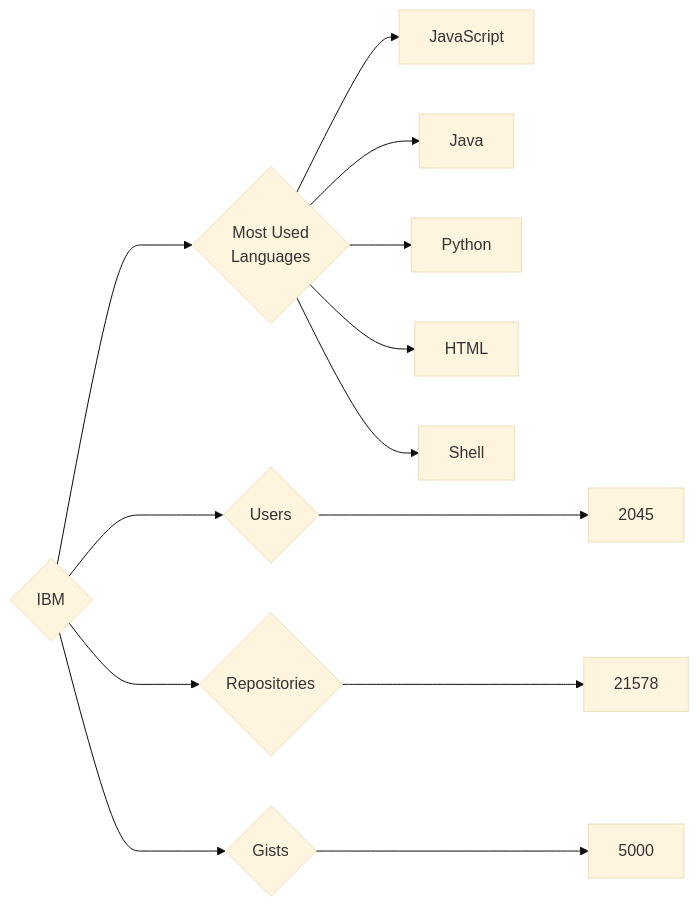
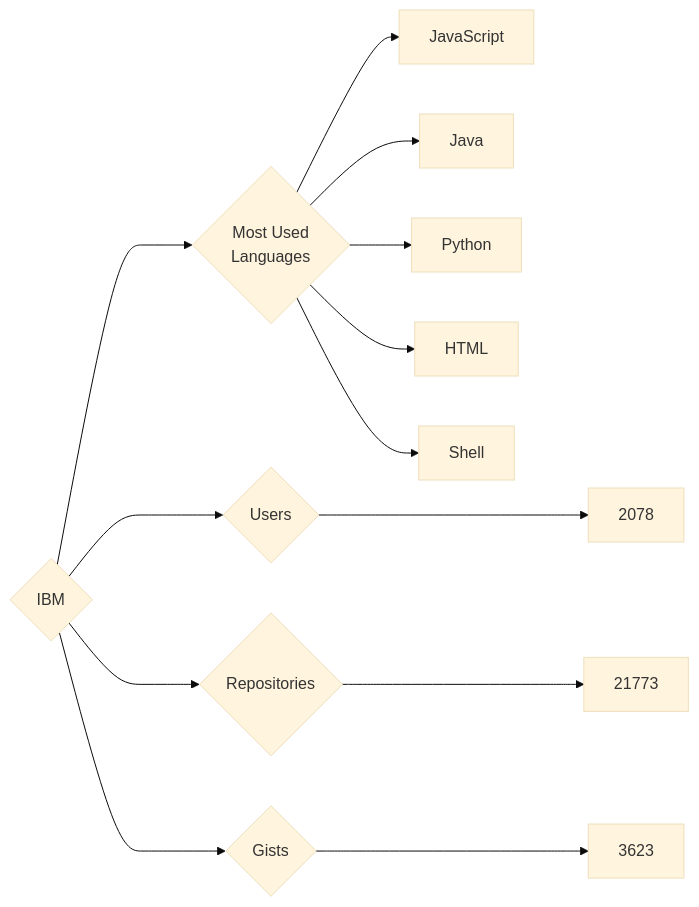
One commit to trickest/insiders changed the diagram in targets/IBM/README.md. Above: the diagram before and after it, drawn with Mermaid (base theme). The commit also changed 809 other files, not shown here.

````diff
--- a/targets/IBM/README.md
+++ b/targets/IBM/README.md
@@ -3,13 +3,13 @@
 ```mermaid
 graph LR
 COMPANY_NAME{IBM}
-COMPANY_NAME ---> U{Users} ---> UN[2045]
-COMPANY_NAME ---> R{Repositories} ---> RN[21578]
-COMPANY_NAME ---> G{Gists} ---> GN[5000]
+COMPANY_NAME ---> U{Users} ---> UN[2078]
+COMPANY_NAME ---> R{Repositories} ---> RN[21773]
+COMPANY_NAME ---> G{Gists} ---> GN[3623]
 COMPANY_NAME ---> ML{Most Used<br>Languages}
 ML --> JavaScript[JavaScript]
 ML --> Java[Java]
 ML --> Python[Python]
 ML --> HTML[HTML]
 ML --> Shell[Shell]
 ```
````
